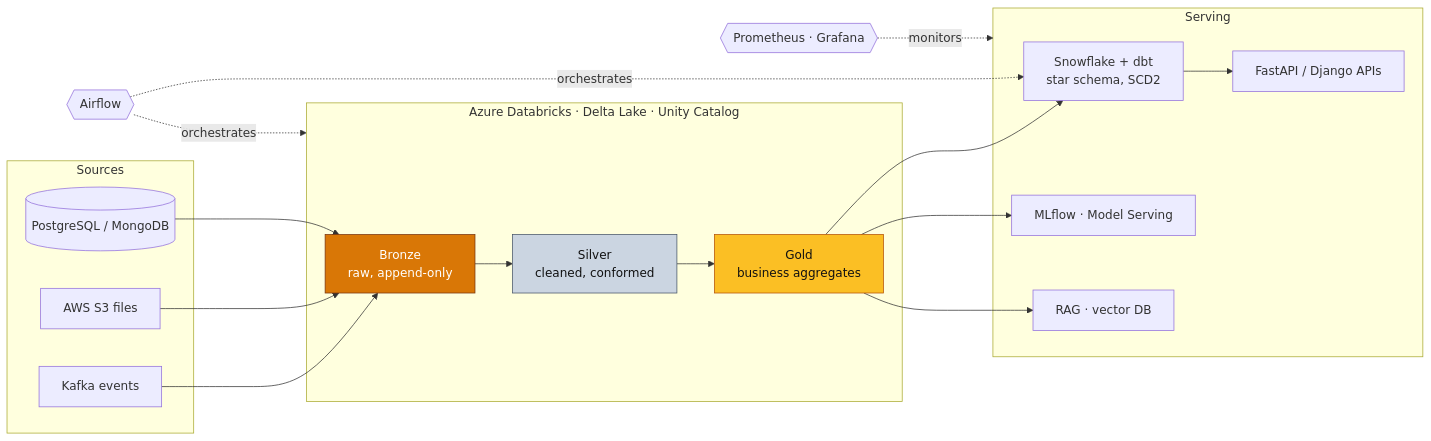
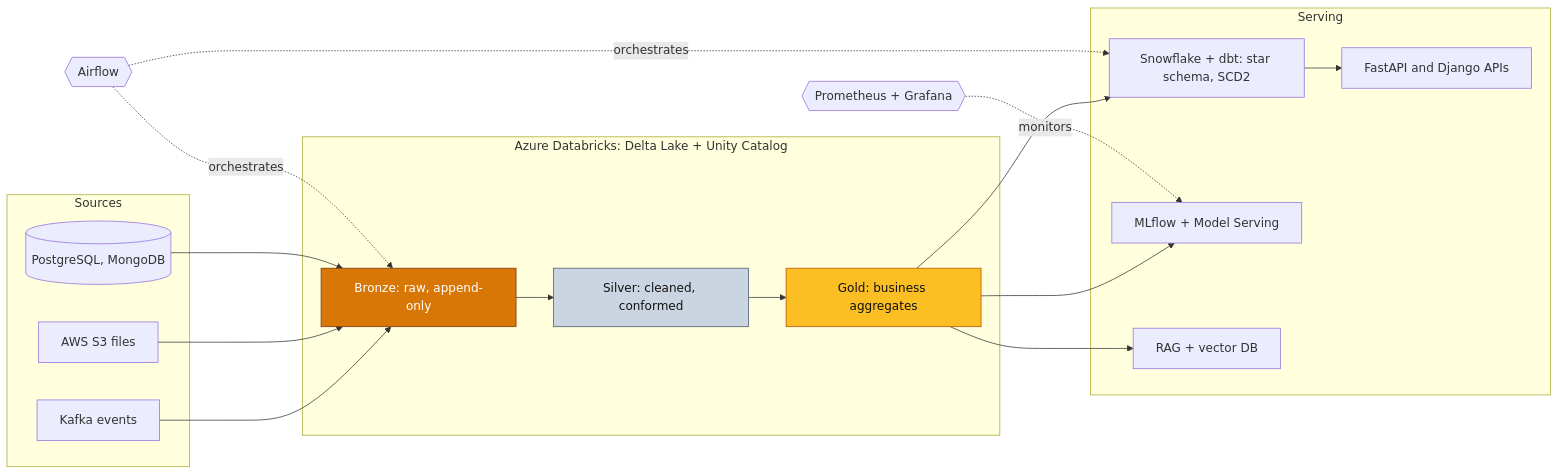
One commit to Beru47/Beru47 changed the diagram in README.md. Above: the diagram before and after it, drawn with Mermaid.

Commit message:
Fix architecture diagram syntax

````diff
--- a/README.md
+++ b/README.md
@@ -78,34 +78,34 @@
 ```mermaid
 flowchart LR
-    subgraph SRC[Sources]
-        K[Kafka events]
-        S3[AWS S3 files]
-        DB[(PostgreSQL / MongoDB)]
+    subgraph src["Sources"]
+        kafka["Kafka events"]
+        s3files["AWS S3 files"]
+        oltp[("PostgreSQL, MongoDB")]
     end
-    subgraph LH[Azure Databricks · Delta Lake · Unity Catalog]
-        B[Bronze<br/>raw, append-only] --> S[Silver<br/>cleaned, conformed] --> G[Gold<br/>business aggregates]
+    subgraph lake["Azure Databricks: Delta Lake + Unity Catalog"]
+        bronze["Bronze: raw, append-only"] --> silver["Silver: cleaned, conformed"] --> gold["Gold: business aggregates"]
     end
-    subgraph SERVE[Serving]
-        SF[Snowflake + dbt<br/>star schema, SCD2]
-        MS[MLflow · Model Serving]
-        API[FastAPI / Django APIs]
-        RAG[RAG · vector DB]
+    subgraph serve["Serving"]
+        snow["Snowflake + dbt: star schema, SCD2"]
+        mlserve["MLflow + Model Serving"]
+        apis["FastAPI and Django APIs"]
+        rag["RAG + vector DB"]
     end
-    K --> B
-    S3 --> B
-    DB --> B
-    G --> SF
-    G --> MS
-    G --> RAG
-    SF --> API
-    AF{{Airflow}} -.orchestrates.-> LH
-    AF -.orchestrates.-> SF
-    OBS{{Prometheus · Grafana}} -.monitors.-> SERVE
+    kafka --> bronze
+    s3files --> bronze
+    oltp --> bronze
+    gold --> snow
+    gold --> mlserve
+    gold --> rag
+    snow --> apis
+    airflow{{"Airflow"}} -. orchestrates .-> bronze
+    airflow -. orchestrates .-> snow
+    obs{{"Prometheus + Grafana"}} -. monitors .-> mlserve
 
-    classDef gold fill:#fbbf24,stroke:#b45309,color:#111;
-    classDef silver fill:#cbd5e1,stroke:#475569,color:#111;
-    classDef bronze fill:#d97706,stroke:#78350f,color:#fff;
-    class G gold;
-    class S silver;
-    class B bronze;
+    classDef goldC fill:#fbbf24,stroke:#b45309,color:#111111
+    classDef silverC fill:#cbd5e1,stroke:#475569,color:#111111
+    classDef bronzeC fill:#d97706,stroke:#78350f,color:#ffffff
+    class gold goldC
+    class silver silverC
+    class bronze bronzeC
 ```
````
